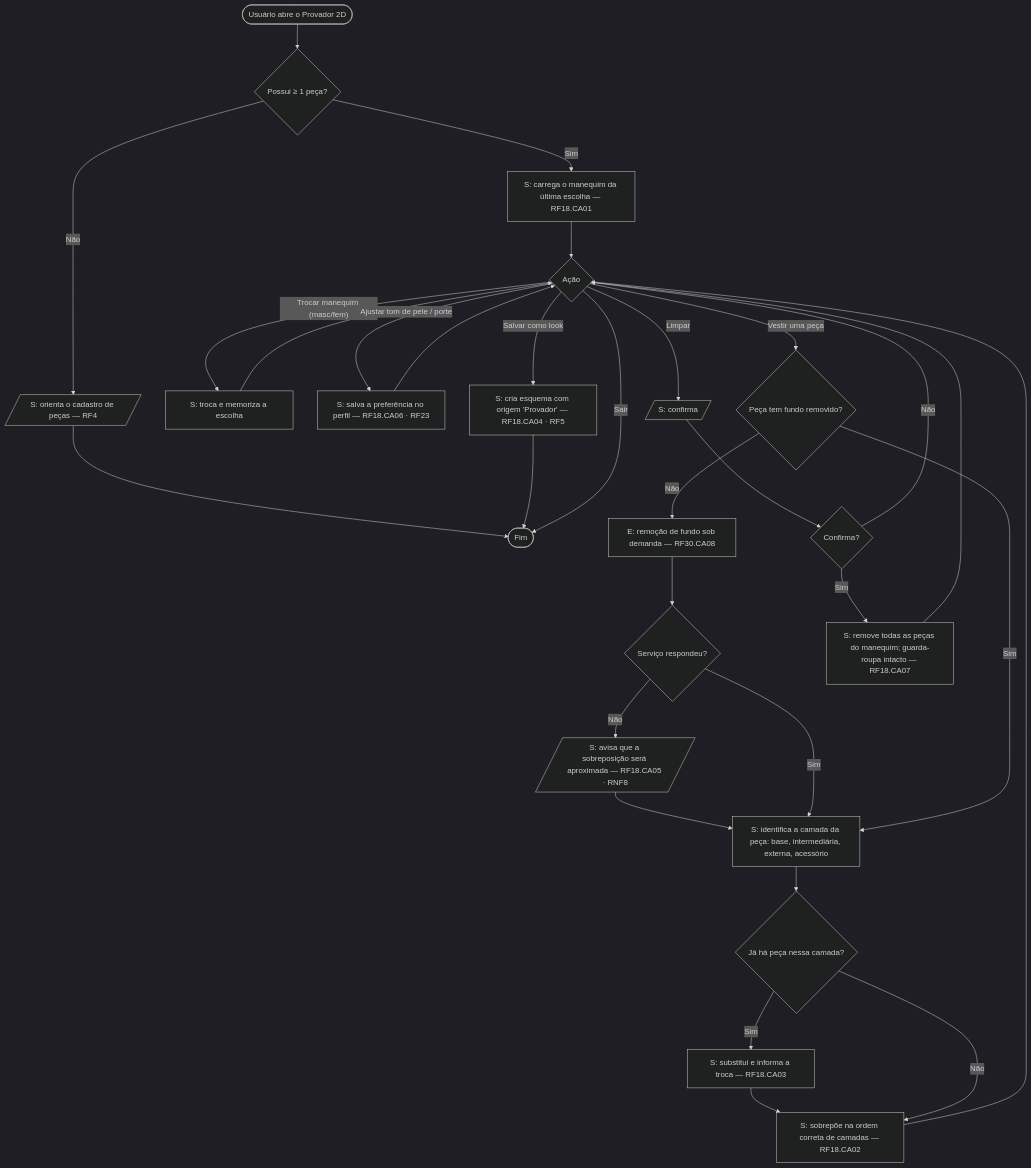
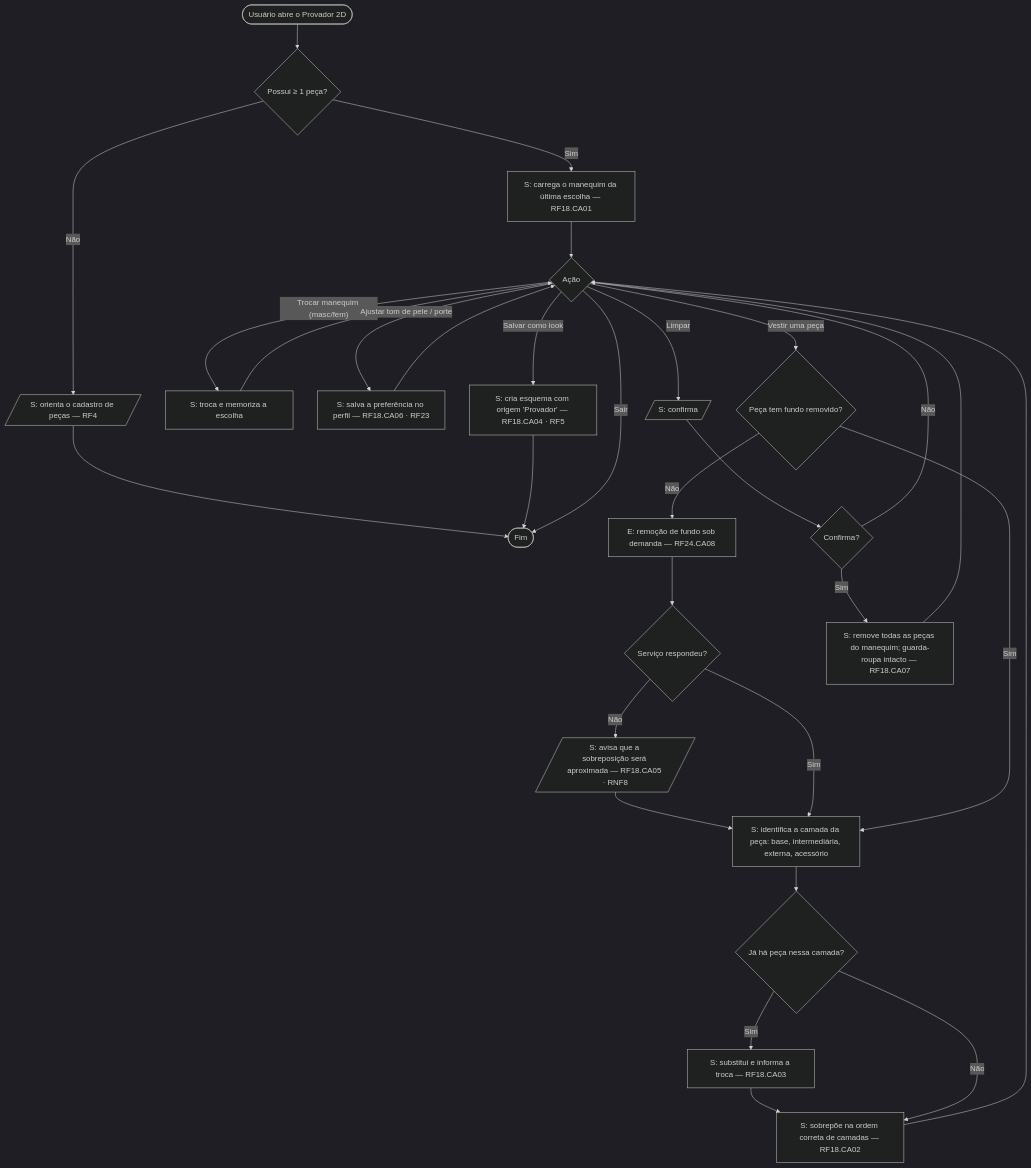
Diagram 14 of 23 in docs/novo-projeto/05-diagramas-atividade.md (MatheusHaliski/SAI-TCC-2026), drawn with Mermaid (dark theme) before and after one commit. The commit also changed other lines of this file and 7 other files, not shown here.

First line of the commit message:
docs: fecha a cobertura de diagramas de atividade e renumera RF30 para RF24

````diff
--- a/docs/novo-projeto/05-diagramas-atividade.md
+++ b/docs/novo-projeto/05-diagramas-atividade.md
@@ -335,23 +335,23 @@
 ```mermaid
 flowchart TD
     A([Usuário abre o Provador 2D]) --> B{Possui ≥ 1 peça?}
     B -- Não --> C[/S: orienta o cadastro de peças — RF4/] --> Z([Fim])
     B -- Sim --> D[S: carrega o manequim da última escolha — RF18.CA01]
     D --> E{Ação}
     E -- Trocar manequim (masc/fem) --> F[S: troca e memoriza a escolha] --> E
     E -- Ajustar tom de pele / porte --> G[S: salva a preferência no perfil — RF18.CA06 · RF23] --> E
     E -- Vestir uma peça --> H{Peça tem fundo removido?}
-    H -- Não --> I[E: remoção de fundo sob demanda — RF30.CA08]
+    H -- Não --> I[E: remoção de fundo sob demanda — RF24.CA08]
     I --> J{Serviço respondeu?}
     J -- Não --> K[/S: avisa que a sobreposição será aproximada — RF18.CA05 · RNF8/] --> L
     J -- Sim --> L[S: identifica a camada da peça: base, intermediária, externa, acessório]
     H -- Sim --> L
     L --> M{Já há peça nessa camada?}
     M -- Sim --> N[S: substitui e informa a troca — RF18.CA03] --> O
     M -- Não --> O[S: sobrepõe na ordem correta de camadas — RF18.CA02] --> E
     E -- Limpar --> P[/S: confirma/] --> Q{Confirma?}
     Q -- Sim --> R[S: remove todas as peças do manequim; guarda-roupa intacto — RF18.CA07] --> E
     Q -- Não --> E
     E -- Salvar como look --> S1[S: cria esquema com origem 'Provador' — RF18.CA04 · RF5] --> Z
     E -- Sair --> Z
 ```
````
